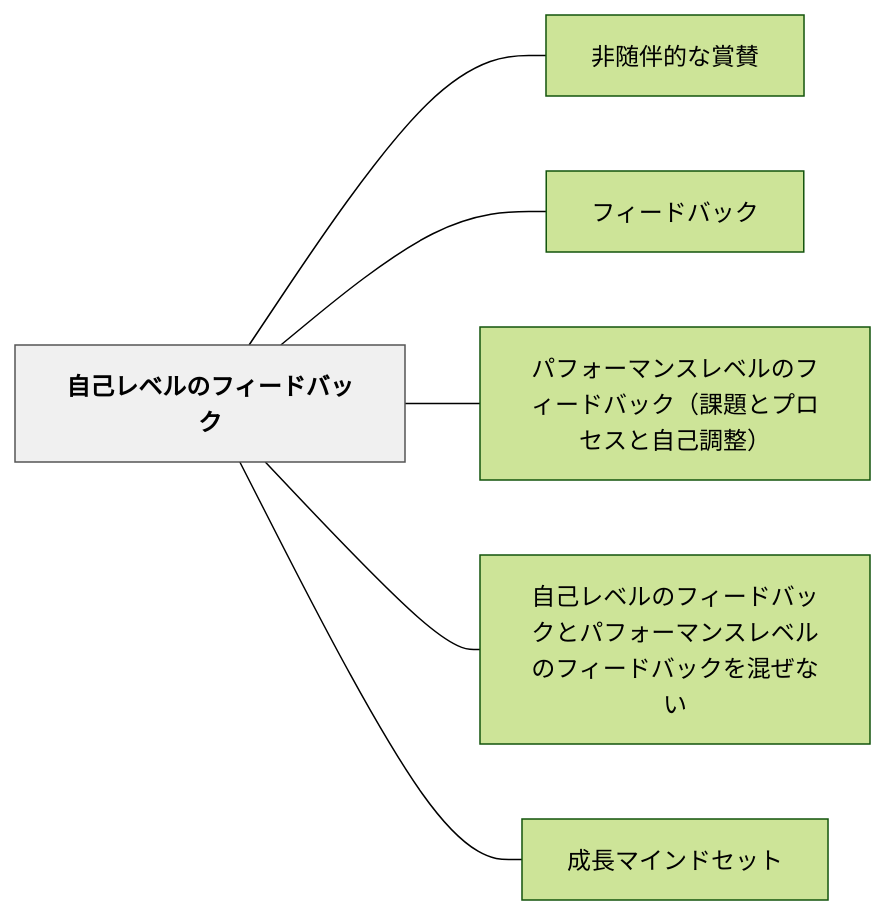
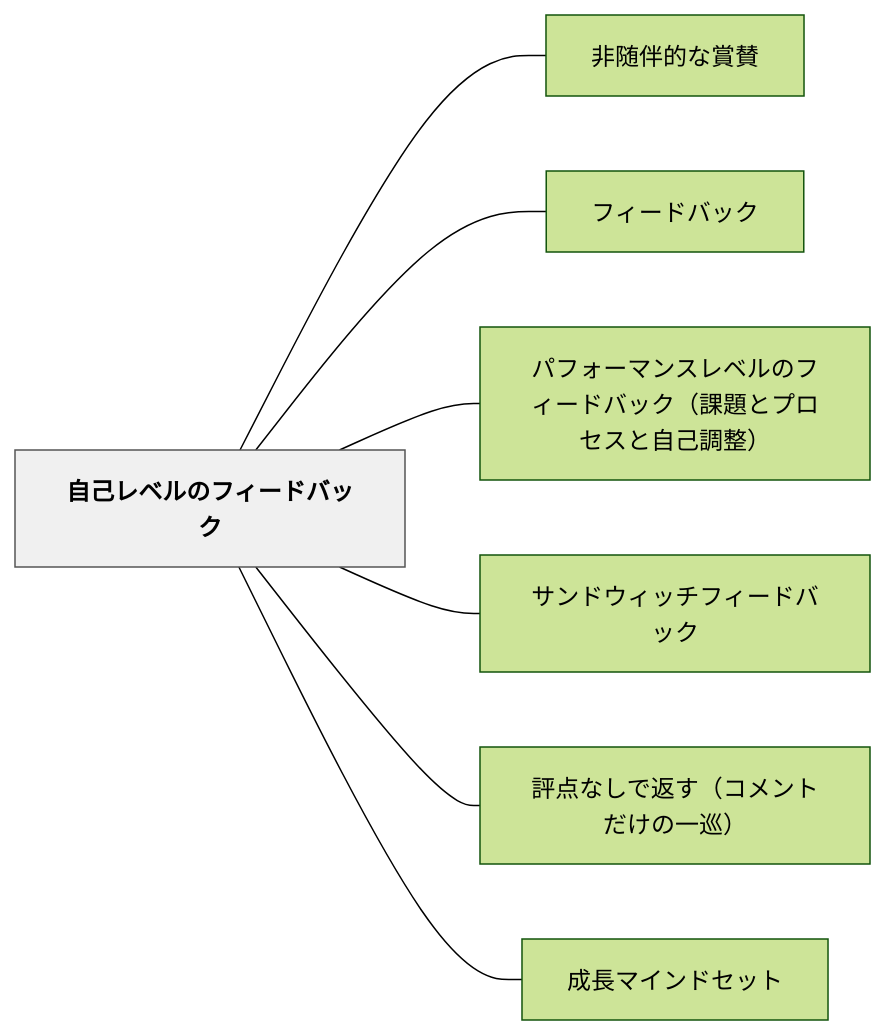
Before and after one commit to unknownthings-ed-patterns/unknownthings-ed-patterns: the diagram in content/パタン/自己レベルのフィードバック.md, drawn with Mermaid (forest theme). The commit also changed other lines of this file and 72 other files, not shown here.

````diff
--- a/content/パタン/自己レベルのフィードバック.md
+++ b/content/パタン/自己レベルのフィードバック.md
@@ -64,18 +87,20 @@
 ```mermaid
 flowchart LR
     ne887aae5b7b1e383ace38399e383abe381aee38395e382a3e383bce38389e38390e38383e382af["自己レベルのフィードバック"]
     ne99d9ee99a8fe4bcb4e79a84e381aae8b39ee8b39b["非随伴的な賞賛"]
     ne38395e382a3e383bce38389e38390e38383e382af["フィードバック"]
     ne38391e38395e382a9e383bce3839ee383b3e382b9e383ace38399e383abe381aee38395e382a3e383bce38389e38390e38383e382afefbc88e8aab2e9a18ce381a8e38397e383ade382bbe382b9e381a8e887aae5b7b1e8aabfe695b4efbc89["パフォーマンスレベルのフィードバック（課題とプロセスと自己調整）"]
-    ne887aae5b7b1e383ace38399e383abe381aee38395e382a3e383bce38389e38390e38383e382afe381a8e38391e38395e382a9e383bce3839ee383b3e382b9e383ace38399e383abe381aee38395e382a3e383bce38389e38390e38383e382afe38292e6b7b7e3819ce381aae38184["自己レベルのフィードバックとパフォーマンスレベルのフィードバックを混ぜない"]
+    ne382b5e383b3e38389e382a6e382a3e38383e38381e38395e382a3e383bce38389e38390e38383e382af["サンドウィッチフィードバック"]
+    ne8a995e782b9e381aae38197e381a7e8bf94e38199efbc88e382b3e383a1e383b3e38388e381a0e38191e381aee4b880e5b7a1efbc89["評点なしで返す（コメントだけの一巡）"]
     ne68890e995b7e3839ee382a4e383b3e38389e382bbe38383e38388["成長マインドセット"]
 
     ne887aae5b7b1e383ace38399e383abe381aee38395e382a3e383bce38389e38390e38383e382af --- ne99d9ee99a8fe4bcb4e79a84e381aae8b39ee8b39b
     ne887aae5b7b1e383ace38399e383abe381aee38395e382a3e383bce38389e38390e38383e382af --- ne38395e382a3e383bce38389e38390e38383e382af
     ne887aae5b7b1e383ace38399e383abe381aee38395e382a3e383bce38389e38390e38383e382af --- ne38391e38395e382a9e383bce3839ee383b3e382b9e383ace38399e383abe381aee38395e382a3e383bce38389e38390e38383e382afefbc88e8aab2e9a18ce381a8e38397e383ade382bbe382b9e381a8e887aae5b7b1e8aabfe695b4efbc89
-    ne887aae5b7b1e383ace38399e383abe381aee38395e382a3e383bce38389e38390e38383e382af --- ne887aae5b7b1e383ace38399e383abe381aee38395e382a3e383bce38389e38390e38383e382afe381a8e38391e38395e382a9e383bce3839ee383b3e382b9e383ace38399e383abe381aee38395e382a3e383bce38389e38390e38383e382afe38292e6b7b7e3819ce381aae38184
+    ne887aae5b7b1e383ace38399e383abe381aee38395e382a3e383bce38389e38390e38383e382af --- ne382b5e383b3e38389e382a6e382a3e38383e38381e38395e382a3e383bce38389e38390e38383e382af
+    ne887aae5b7b1e383ace38399e383abe381aee38395e382a3e383bce38389e38390e38383e382af --- ne8a995e782b9e381aae38197e381a7e8bf94e38199efbc88e382b3e383a1e383b3e38388e381a0e38191e381aee4b880e5b7a1efbc89
     ne887aae5b7b1e383ace38399e383abe381aee38395e382a3e383bce38389e38390e38383e382af --- ne68890e995b7e3839ee382a4e383b3e38389e382bbe38383e38388
 
     classDef hub fill:#f0f0f0,stroke:#555,color:#000,font-weight:bold
     class ne887aae5b7b1e383ace38399e383abe381aee38395e382a3e383bce38389e38390e38383e382af hub
 ```
````
